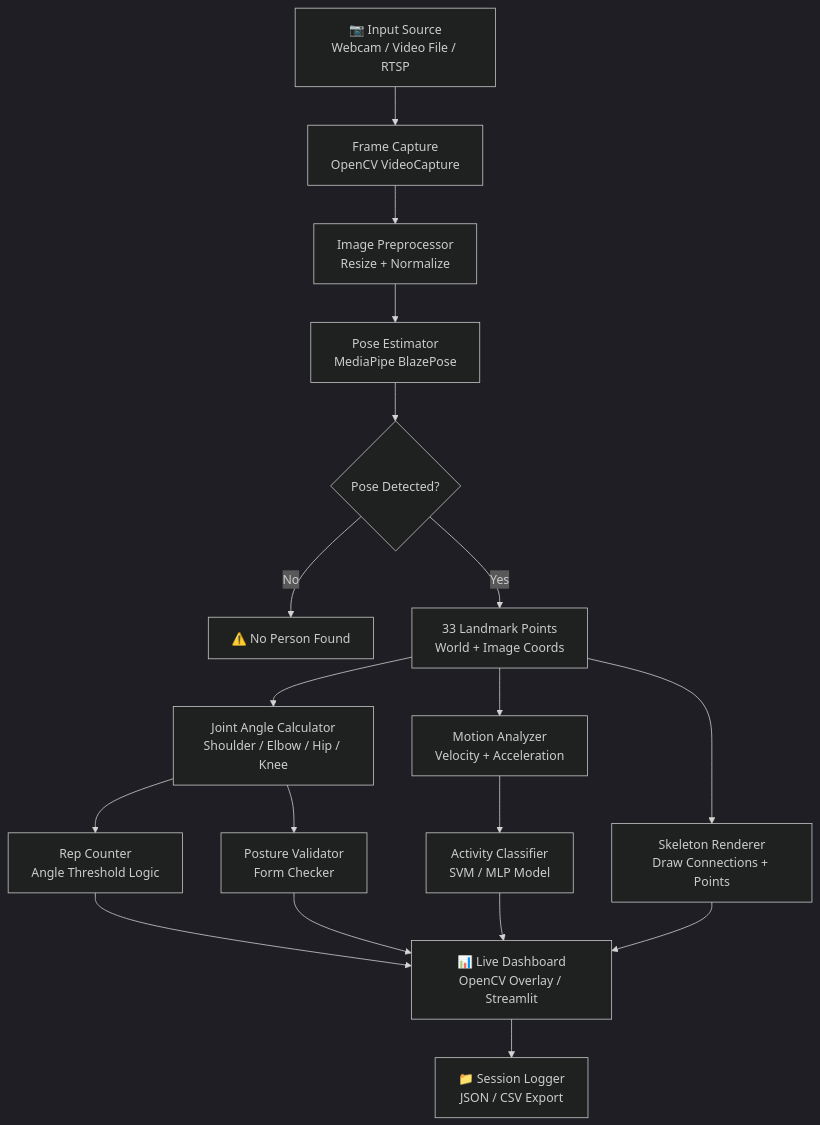
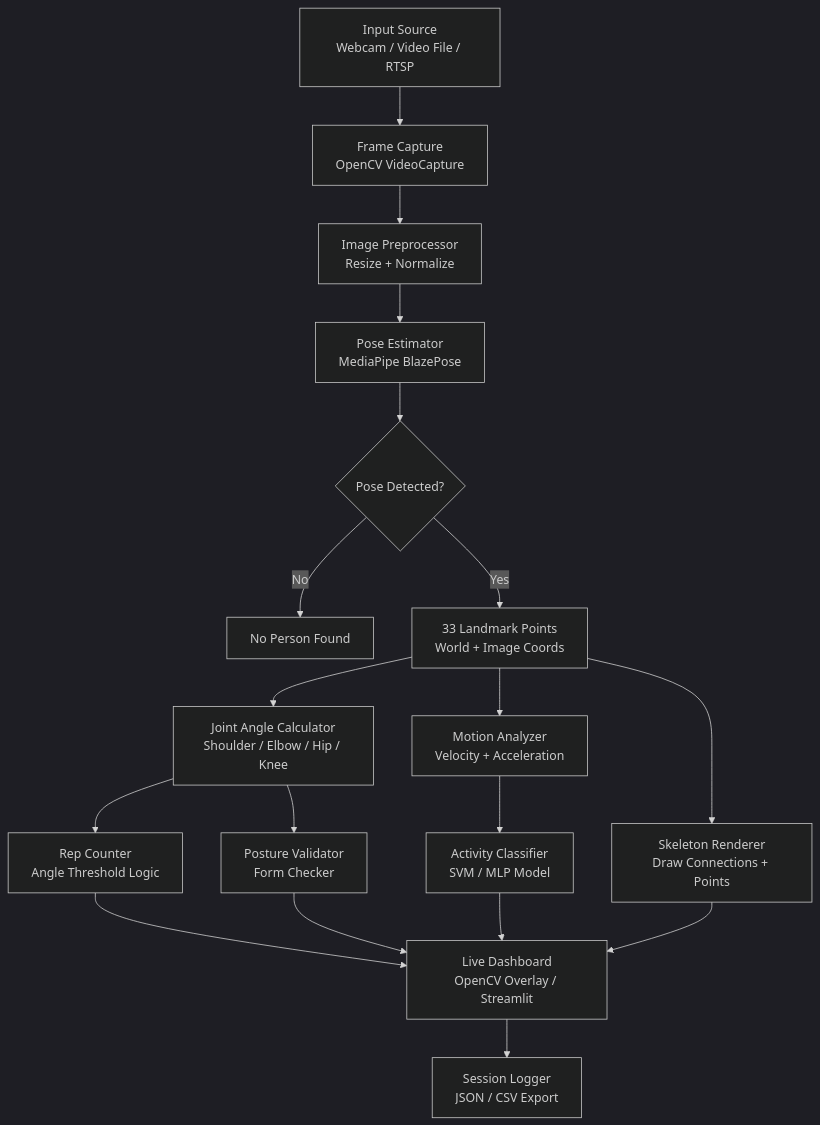
One commit to jadfarhat-cell/body-tracker changed the diagram in README.md. Above: the diagram before and after it, drawn with Mermaid (dark theme). The commit also changed other lines of this file, not shown here.

Commit message:
Remove all emojis from README

````diff
--- a/README.md
+++ b/README.md
@@ -7,23 +7,23 @@
 ```mermaid
 flowchart TD
-    A[📷 Input Source\nWebcam / Video File / RTSP] --> B[Frame Capture\nOpenCV VideoCapture]
-    B --> C[Image Preprocessor\nResize + Normalize]
-    C --> D[Pose Estimator\nMediaPipe BlazePose]
-    D --> E{Pose Detected?}
-    E -- No --> F[⚠️ No Person Found]
-    E -- Yes --> G[33 Landmark Points\nWorld + Image Coords]
-    
-    G --> H[Joint Angle Calculator\nShoulder / Elbow / Hip / Knee]
-    G --> I[Skeleton Renderer\nDraw Connections + Points]
-    G --> J[Motion Analyzer\nVelocity + Acceleration]
-    
-    H --> K[Rep Counter\nAngle Threshold Logic]
-    H --> L[Posture Validator\nForm Checker]
-    J --> M[Activity Classifier\nSVM / MLP Model]
-    
-    K --> N[📊 Live Dashboard\nOpenCV Overlay / Streamlit]
-    L --> N
-    M --> N
-    I --> N
-    N --> O[📁 Session Logger\nJSON / CSV Export]
+ A[ Input Source\nWebcam / Video File / RTSP] --> B[Frame Capture\nOpenCV VideoCapture]
+ B --> C[Image Preprocessor\nResize + Normalize]
+ C --> D[Pose Estimator\nMediaPipe BlazePose]
+ D --> E{Pose Detected?}
+ E -- No --> F[ No Person Found]
+ E -- Yes --> G[33 Landmark Points\nWorld + Image Coords]
+ 
+ G --> H[Joint Angle Calculator\nShoulder / Elbow / Hip / Knee]
+ G --> I[Skeleton Renderer\nDraw Connections + Points]
+ G --> J[Motion Analyzer\nVelocity + Acceleration]
+ 
+ H --> K[Rep Counter\nAngle Threshold Logic]
+ H --> L[Posture Validator\nForm Checker]
+ J --> M[Activity Classifier\nSVM / MLP Model]
+ 
+ K --> N[ Live Dashboard\nOpenCV Overlay / Streamlit]
+ L --> N
+ M --> N
+ I --> N
+ N --> O[ Session Logger\nJSON / CSV Export]
 ```
````
